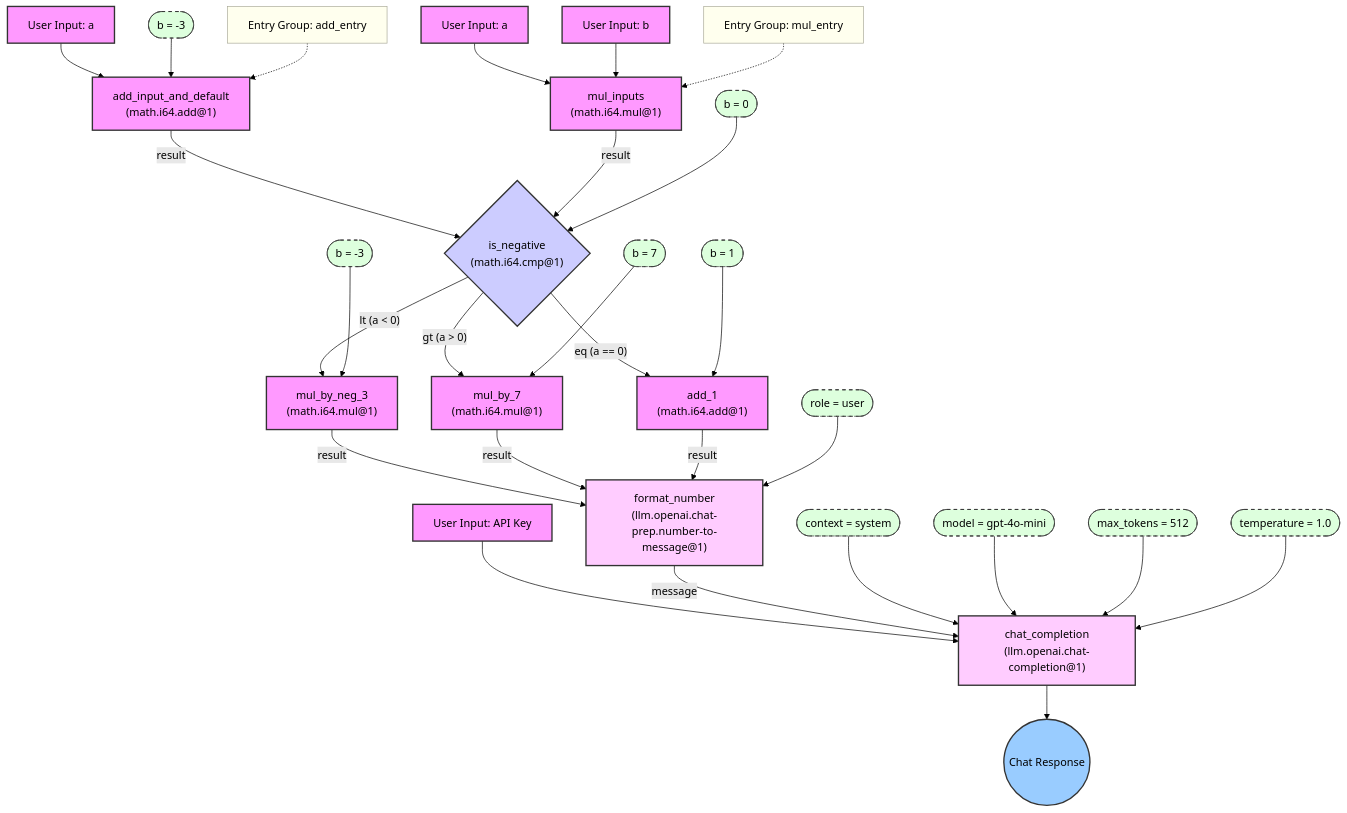
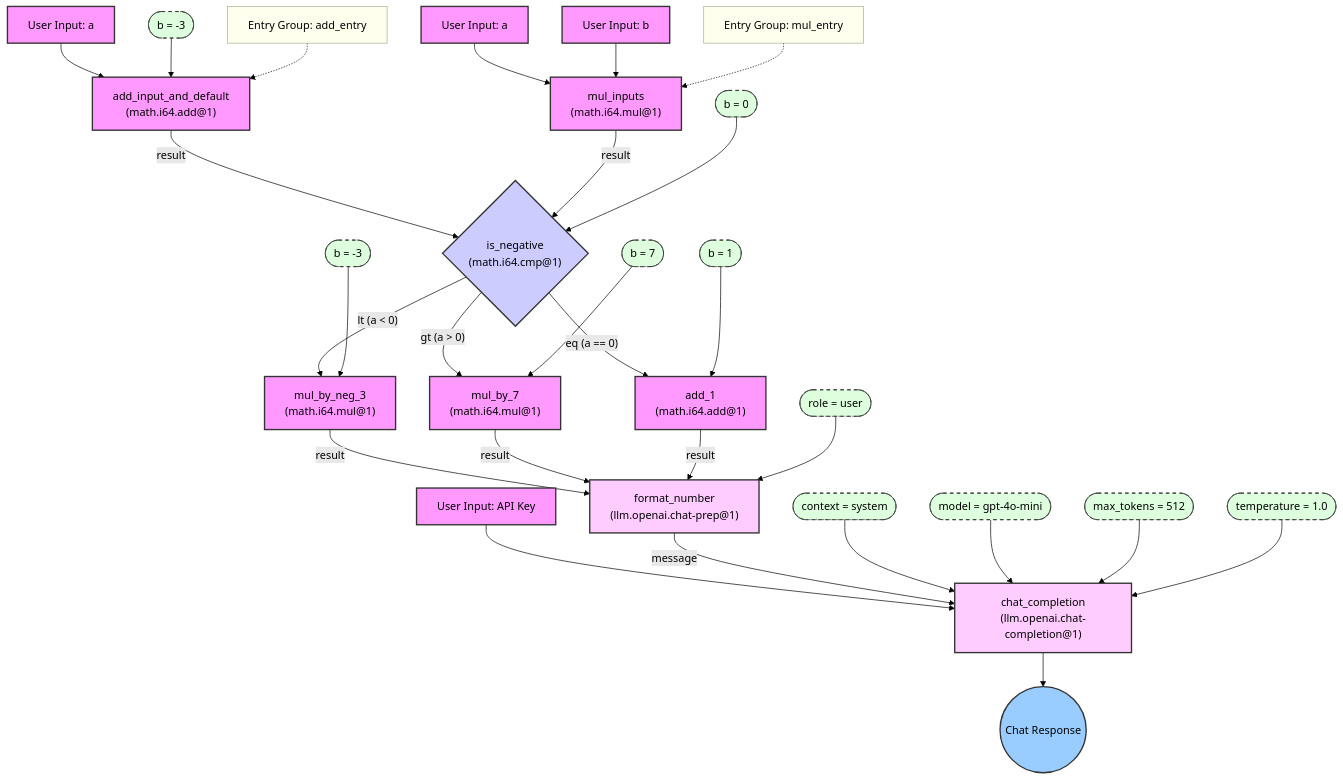
One commit to Talus-Network/nexus-sdk changed the diagram in docs/guides/math_branching_with_chat.md. Above: the diagram before and after it, drawn with Mermaid (forest theme). The commit also changed other lines of this file and 2 other files, not shown here.

````diff
--- a/docs/guides/math_branching_with_chat.md
+++ b/docs/guides/math_branching_with_chat.md
@@ -212,59 +213,59 @@
 ```mermaid
 graph TD
     %% Entry points and their inputs
     InputA1[User Input: a] --> A["add_input_and_default<br>(math.i64.add@1)"];
     Def1([b = -3]) --> A;
     InputM1[User Input: a] --> M["mul_inputs<br>(math.i64.mul@1)"];
     InputM2[User Input: b] --> M;
     APIKey[User Input: API Key] --> C["chat_completion<br>(llm.openai.chat-completion@1)"];
     
     %% Entry group indicators
     EG1["Entry Group: add_entry"] -.-> A;
     EG2["Entry Group: mul_entry"] -.-> M;
     
     %% Main flow from entry paths to comparison
     A -- "result" --> B{"is_negative<br>(math.i64.cmp@1)"};
     M -- "result" --> B;
     Def2([b = 0]) --> B;
     
     %% Branching paths based on comparison
     B -- "lt (a < 0)" --> C1["mul_by_neg_3<br>(math.i64.mul@1)"];
     Def3([b = -3]) --> C1;
     
     B -- "gt (a > 0)" --> D1["mul_by_7<br>(math.i64.mul@1)"];
     Def4([b = 7]) --> D1;
     
     B -- "eq (a == 0)" --> E1["add_1<br>(math.i64.add@1)"];
     Def5([b = 1]) --> E1;
     
     %% Connect to number formatter
-    C1 -- "result" --> F["format_number<br>(llm.openai.chat-prep.number-to-message@1)"];
+    C1 -- "result" --> F["format_number<br>(llm.openai.chat-prep@1)"];
     D1 -- "result" --> F;
     E1 -- "result" --> F;
     Def6([role = user]) --> F;
     
     %% Connect to chat completion
     F -- "message" --> C;
     Def7([context = system]) --> C;
     Def8([model = gpt-4o-mini]) --> C;
     Def9([max_tokens = 512]) --> C;
     Def10([temperature = 1.0]) --> C;
     
     %% Final output
     C --> Result((Chat Response));
 
     %% Styling
     classDef default fill:#f9f,stroke:#333,stroke-width:2px;
     classDef compare fill:#ccf,stroke:#333,stroke-width:2px;
     classDef output fill:#9cf,stroke:#333,stroke-width:2px;
     classDef constant fill:#dfd,stroke:#333,stroke-width:1px,stroke-dasharray: 5 5;
     classDef entrygroup fill:#ffe,stroke:#aa9,stroke-width:1px;
     classDef llm fill:#fcf,stroke:#333,stroke-width:2px;
     
     class A,C1,D1,E1,M default;
     class B compare;
     class Result output;
     class Def1,Def2,Def3,Def4,Def5,Def6,Def7,Def8,Def9,Def10 constant;
     class EG1,EG2 entrygroup;
     class F,C llm;
 ```
````
